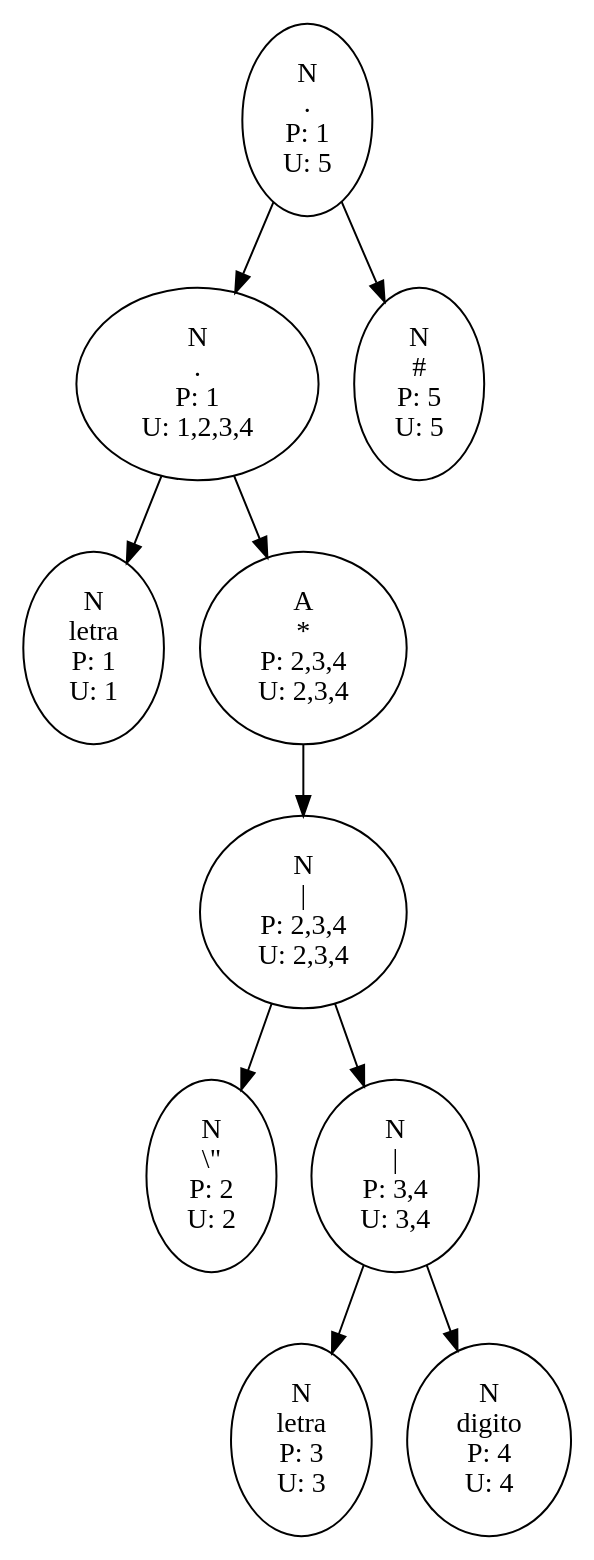
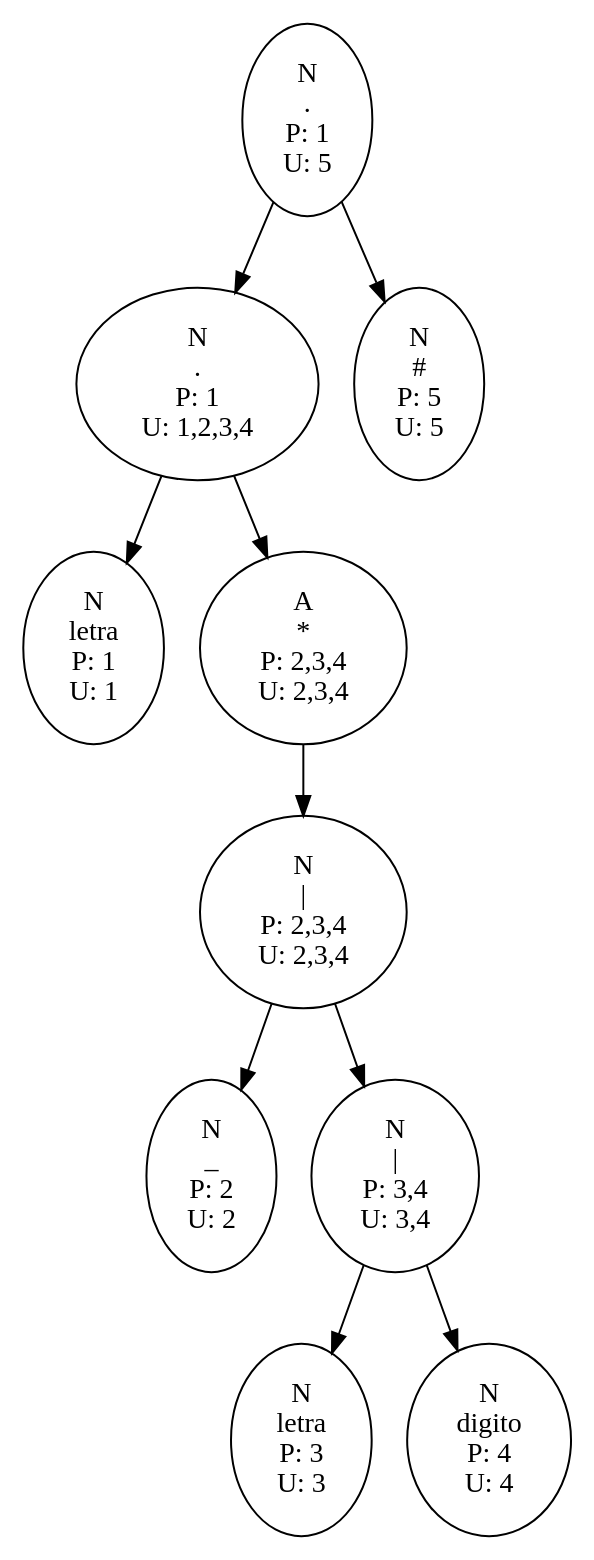
Before and after one commit to EstuardoSon/OCL1_202003894_P1: the diagram in Reportes_202003894/Arboles_202003894/ExpReg1.dot, drawn with Graphviz. The commit also changed 41 other files, not shown here.

```diff
--- a/Reportes_202003894/Arboles_202003894/ExpReg1.dot
+++ b/Reportes_202003894/Arboles_202003894/ExpReg1.dot
@@ -1,51 +1,51 @@
 digraph G{
 N5->N1
 N1->1
 1[label="N
 letra
 P: 1
 U: 1"];
 N1[label="N
 .
 P: 1
 U: 1,2,3,4"];
 N1->N4
 N4->N2
 N2->2
 2[label="N
-\\\"
+_
 P: 2
 U: 2"];
 N2[label="N
 |
 P: 2,3,4
 U: 2,3,4"];
 N2->N3
 N3->3
 3[label="N
 letra
 P: 3
 U: 3"];
 N3[label="N
 |
 P: 3,4
 U: 3,4"];
 N3->4
 4[label="N
 digito
 P: 4
 U: 4"];
 N4[label="A
 *
 P: 2,3,4
 U: 2,3,4"];
 N5[label="N
 .
 P: 1
 U: 5"];
 N5->5
 5[label="N
 #
 P: 5
 U: 5"];
 }
```
